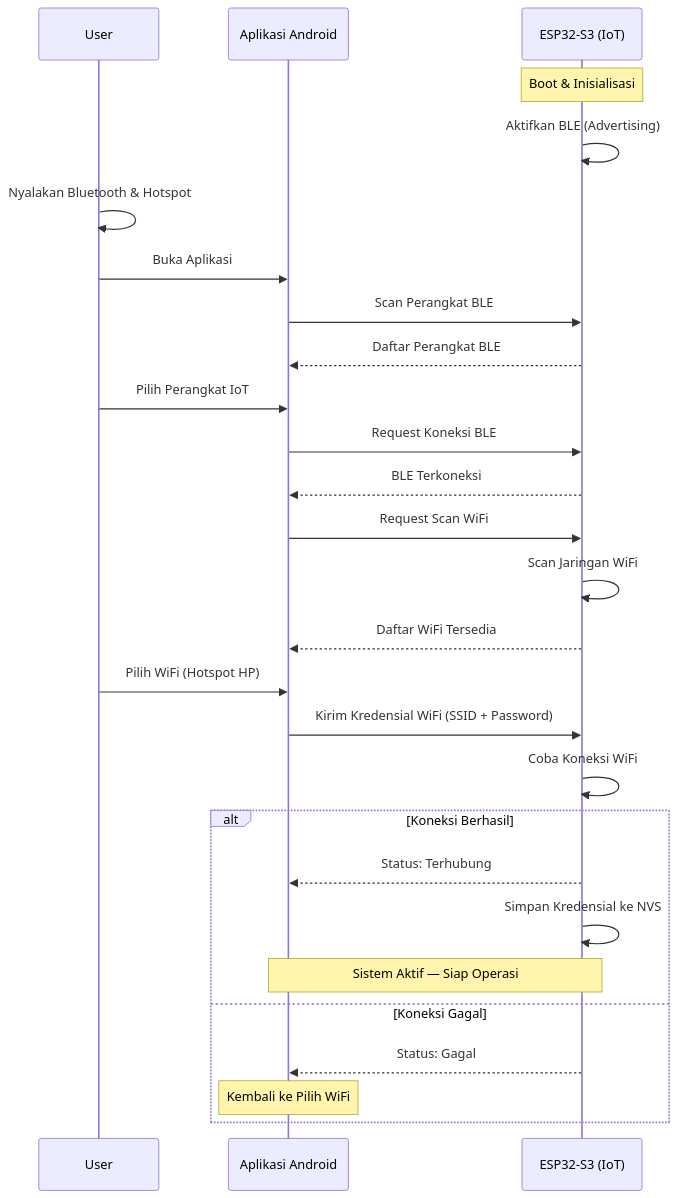
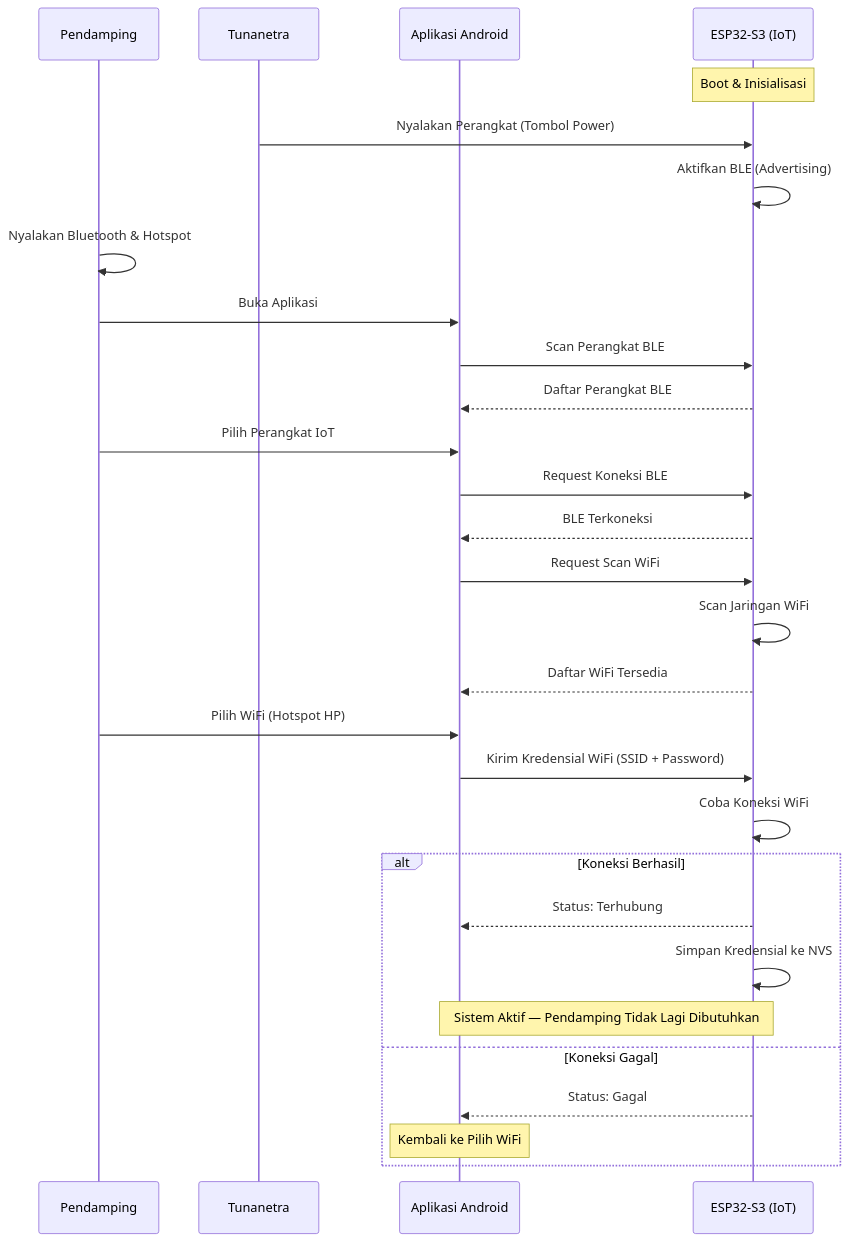
Before and after one commit to aan-andiyanaS/draf: the second of 5 diagrams in sequence-diagram.md, drawn with Mermaid. The commit also changed other lines of this file and 3 other files, not shown here.

Commit message:
restruktur all diagram

````diff
--- a/sequence-diagram.md
+++ b/sequence-diagram.md
@@ -22,35 +146,37 @@
 ```mermaid
 sequenceDiagram
-    participant U as User
+    participant PD as Pendamping
+    participant TN as Tunanetra
     participant App as Aplikasi Android
     participant IoT as ESP32-S3 (IoT)
 
     Note over IoT: Boot & Inisialisasi
+    TN->>IoT: Nyalakan Perangkat (Tombol Power)
     IoT->>IoT: Aktifkan BLE (Advertising)
 
-    U->>U: Nyalakan Bluetooth & Hotspot
-    U->>App: Buka Aplikasi
+    PD->>PD: Nyalakan Bluetooth & Hotspot
+    PD->>App: Buka Aplikasi
 
     App->>IoT: Scan Perangkat BLE
     IoT-->>App: Daftar Perangkat BLE
-    U->>App: Pilih Perangkat IoT
+    PD->>App: Pilih Perangkat IoT
     App->>IoT: Request Koneksi BLE
     IoT-->>App: BLE Terkoneksi
 
     App->>IoT: Request Scan WiFi
     IoT->>IoT: Scan Jaringan WiFi
     IoT-->>App: Daftar WiFi Tersedia
-    U->>App: Pilih WiFi (Hotspot HP)
+    PD->>App: Pilih WiFi (Hotspot HP)
 
     App->>IoT: Kirim Kredensial WiFi (SSID + Password)
     IoT->>IoT: Coba Koneksi WiFi
 
     alt Koneksi Berhasil
         IoT-->>App: Status: Terhubung
         IoT->>IoT: Simpan Kredensial ke NVS
-        Note over IoT, App: Sistem Aktif — Siap Operasi
+        Note over IoT, App: Sistem Aktif — Pendamping Tidak Lagi Dibutuhkan
     else Koneksi Gagal
         IoT-->>App: Status: Gagal
         Note over App: Kembali ke Pilih WiFi
     end
 ```
````
